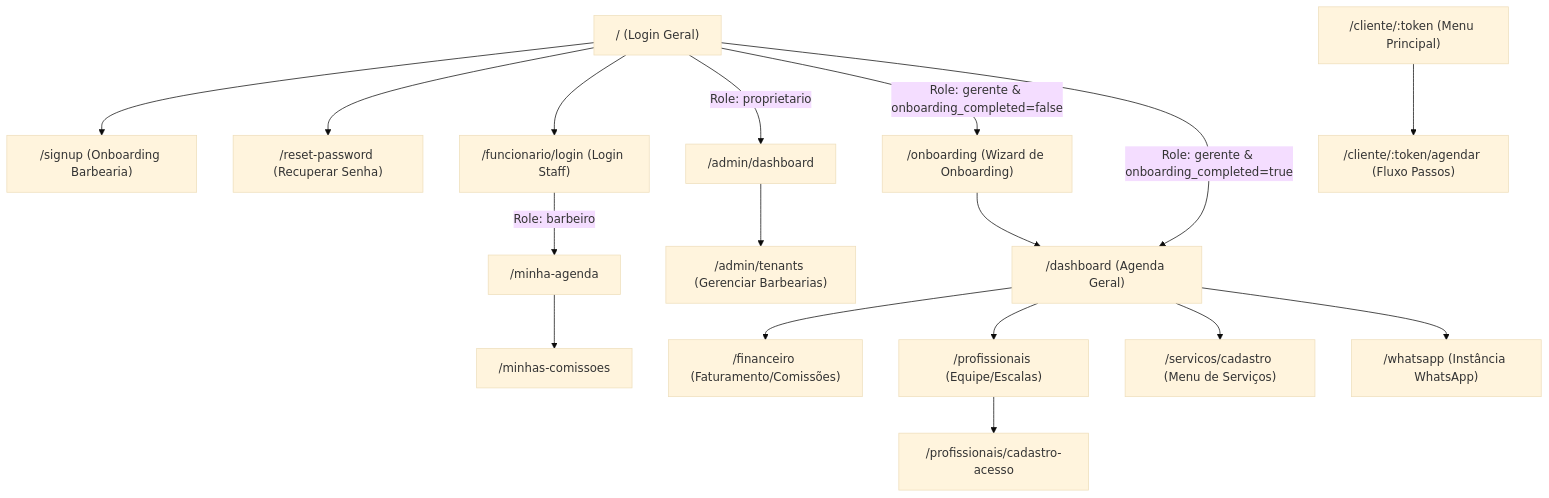
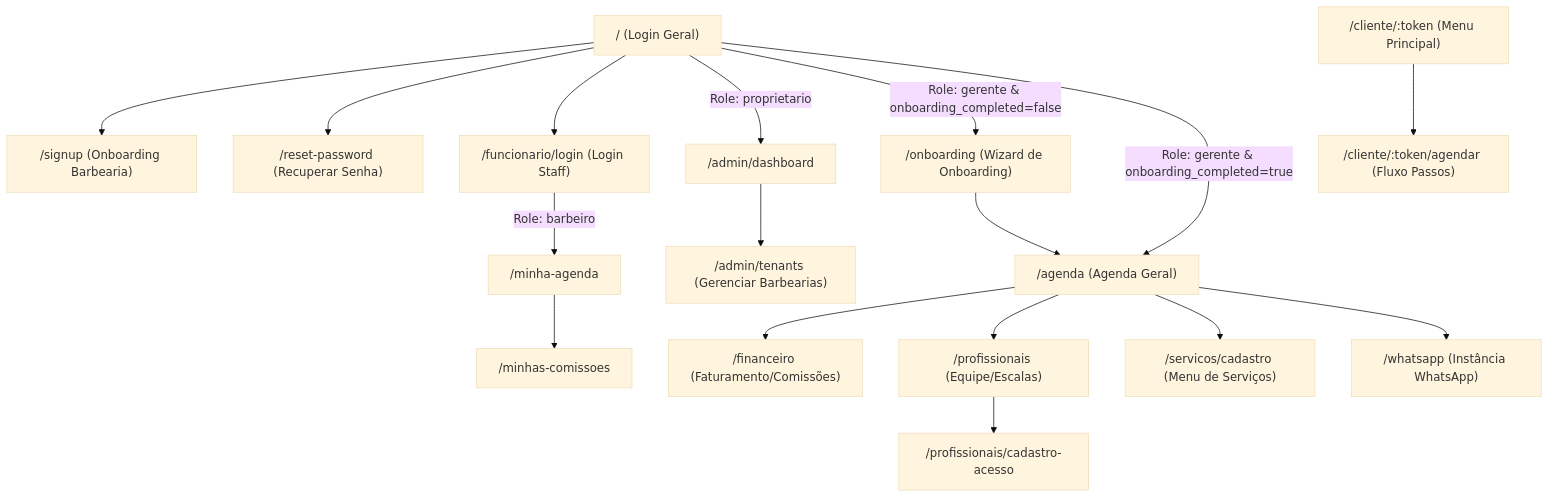
The diagram in docs/arquitetura_rotas.md (Resp94/navalhado), drawn with Mermaid (base theme) before and after one commit. The commit also changed other lines of this file and 20 other files, not shown here.

Commit message:
feat(agenda): implementar rota canonica /agenda com grade temporal continua, descontinuar /dashboard e registrar credenciais de teste

````diff
--- a/docs/arquitetura_rotas.md
+++ b/docs/arquitetura_rotas.md
@@ -13,28 +13,28 @@
 ```mermaid
 graph TD
     %% Rotas Públicas/Autenticação
     R_Root["/ (Login Geral)"] --> R_SignUp["/signup (Onboarding Barbearia)"]
     R_Root --> R_ResetPass["/reset-password (Recuperar Senha)"]
     R_Root --> R_FuncLogin["/funcionario/login (Login Staff)"]
 
     %% Painel Proprietário SaaS
     R_Root -- Role: proprietario --> R_AdminDash["/admin/dashboard"]
     R_AdminDash --> R_AdminTenants["/admin/tenants (Gerenciar Barbearias)"]
 
     %% Painel Gerente de Barbearia
     R_Root -- Role: gerente & onboarding_completed=false --> R_Onboarding["/onboarding (Wizard de Onboarding)"]
-    R_Root -- Role: gerente & onboarding_completed=true --> R_Dash["/dashboard (Agenda Geral)"]
-    R_Onboarding --> R_Dash
-    R_Dash --> R_Fin["/financeiro (Faturamento/Comissões)"]
-    R_Dash --> R_Profs["/profissionais (Equipe/Escalas)"]
+    R_Root -- Role: gerente & onboarding_completed=true --> R_Agenda["/agenda (Agenda Geral)"]
+    R_Onboarding --> R_Agenda
+    R_Agenda --> R_Fin["/financeiro (Faturamento/Comissões)"]
+    R_Agenda --> R_Profs["/profissionais (Equipe/Escalas)"]
     R_Profs --> R_CadProf["/profissionais/cadastro-acesso"]
-    R_Dash --> R_Servs["/servicos/cadastro (Menu de Serviços)"]
-    R_Dash --> R_Whats["/whatsapp (Instância WhatsApp)"]
+    R_Agenda --> R_Servs["/servicos/cadastro (Menu de Serviços)"]
+    R_Agenda --> R_Whats["/whatsapp (Instância WhatsApp)"]
 
     %% Painel Barbeiro
     R_FuncLogin -- Role: barbeiro --> R_MyAgenda["/minha-agenda"]
     R_MyAgenda --> R_MyCommissions["/minhas-comissoes"]
 
     %% Canal Cliente (Sem Login)
     R_ClientMenu["/cliente/:token (Menu Principal)"] --> R_ClientBook["/cliente/:token/agendar (Fluxo Passos)"]
 ```
````
